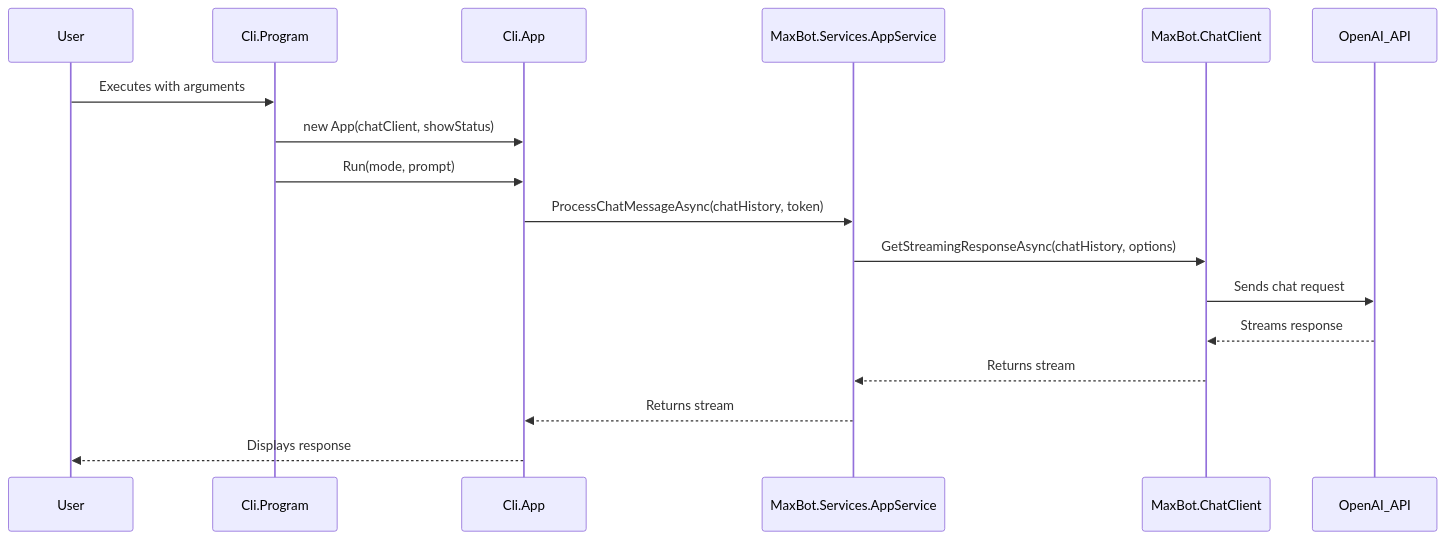
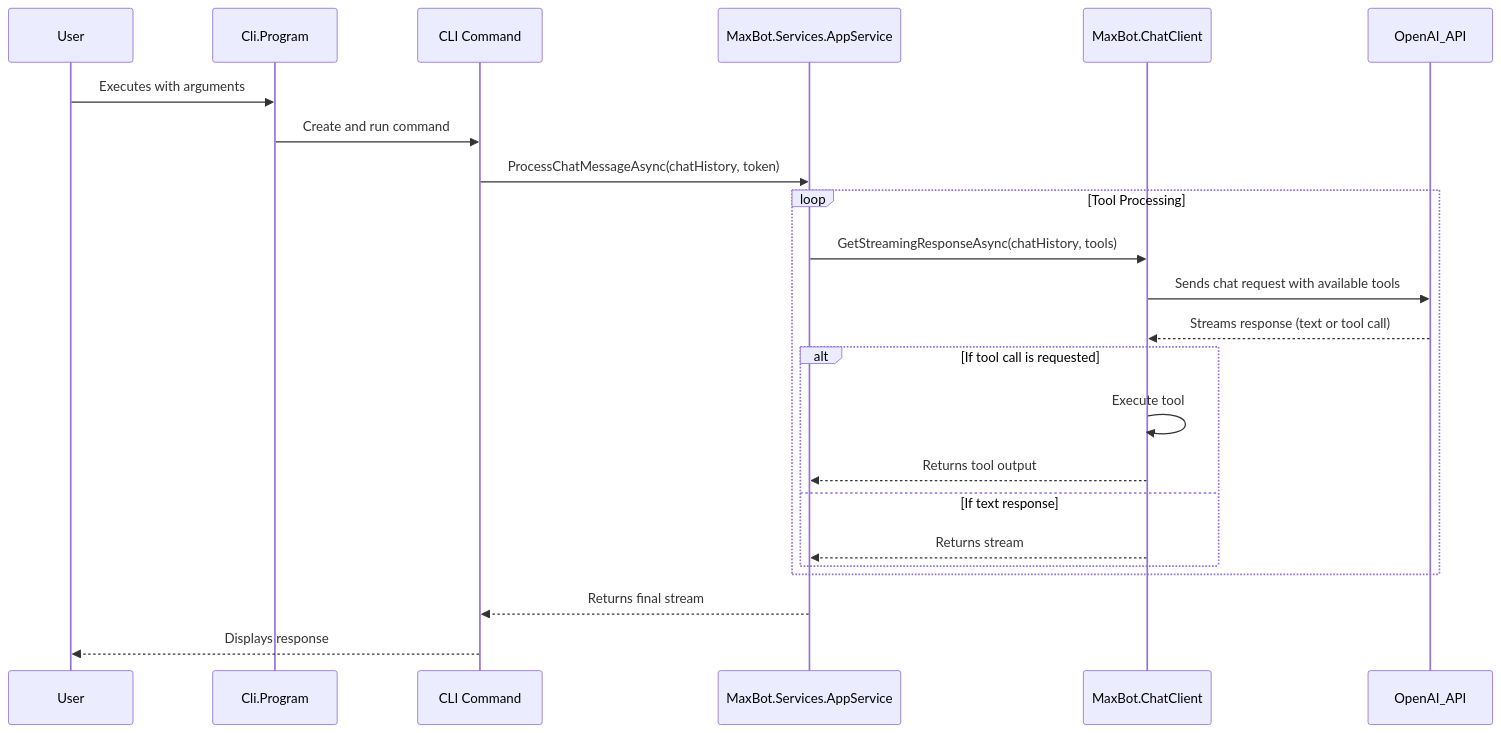
The second of 2 diagrams in .clinerules/developer_guidelines.md (peakflames/mogzi), drawn with Mermaid before and after one commit. The commit also changed other lines of this file, not shown here.

````diff
--- a/.clinerules/developer_guidelines.md
+++ b/.clinerules/developer_guidelines.md
@@ -152,20 +168,27 @@
 ```mermaid
 sequenceDiagram
     participant User
     participant Cli.Program
-    participant Cli.App
+    participant CLI Command
     participant MaxBot.Services.AppService
     participant MaxBot.ChatClient
     participant OpenAI_API
 
     User->>Cli.Program: Executes with arguments
-    Cli.Program->>Cli.App: new App(chatClient, showStatus)
-    Cli.Program->>Cli.App: Run(mode, prompt)
-    Cli.App->>MaxBot.Services.AppService: ProcessChatMessageAsync(chatHistory, token)
-    MaxBot.Services.AppService->>MaxBot.ChatClient: GetStreamingResponseAsync(chatHistory, options)
-    MaxBot.ChatClient->>OpenAI_API: Sends chat request
-    OpenAI_API-->>MaxBot.ChatClient: Streams response
-    MaxBot.ChatClient-->>MaxBot.Services.AppService: Returns stream
-    MaxBot.Services.AppService-->>Cli.App: Returns stream
-    Cli.App-->>User: Displays response
+    Cli.Program->>CLI Command: Create and run command
+    CLI Command->>MaxBot.Services.AppService: ProcessChatMessageAsync(chatHistory, token)
+    
+    loop Tool Processing
+        MaxBot.Services.AppService->>MaxBot.ChatClient: GetStreamingResponseAsync(chatHistory, tools)
+        MaxBot.ChatClient->>OpenAI_API: Sends chat request with available tools
+        OpenAI_API-->>MaxBot.ChatClient: Streams response (text or tool call)
+        alt If tool call is requested
+            MaxBot.ChatClient->>MaxBot.ChatClient: Execute tool
+            MaxBot.ChatClient-->>MaxBot.Services.AppService: Returns tool output
+        else If text response
+            MaxBot.ChatClient-->>MaxBot.Services.AppService: Returns stream
+        end
+    end
+    MaxBot.Services.AppService-->>CLI Command: Returns final stream
+    CLI Command-->>User: Displays response
 ```
````
